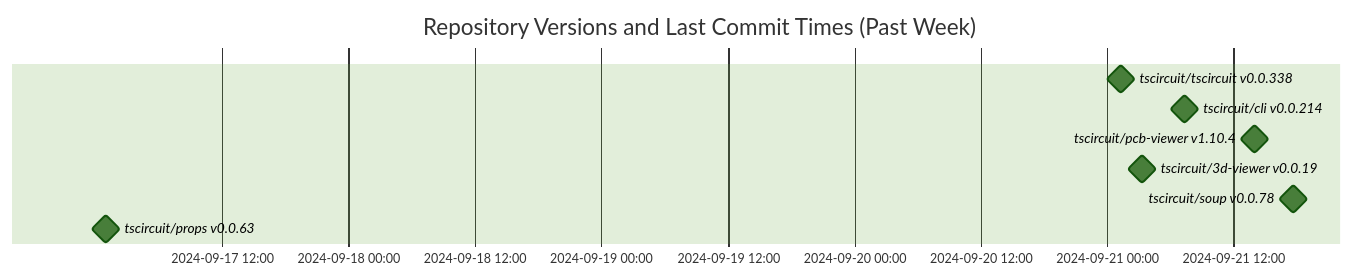
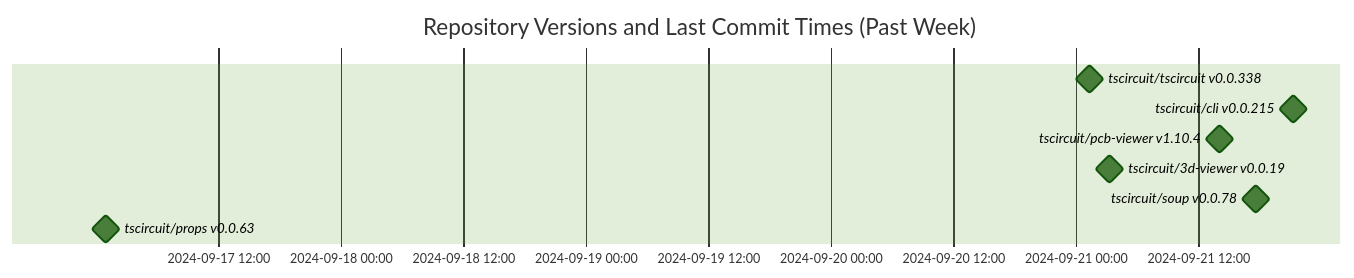
The diagram in README.md (tscircuit/version-tracker), drawn with Mermaid (forest theme) before and after one commit.

Commit message:
Update chart

````diff
--- a/README.md
+++ b/README.md
@@ -1,13 +1,13 @@
 ```mermaid
 gantt
   dateFormat  YYYY-MM-DD HH:mm:ss
   title Repository Versions and Last Commit Times (Past Week)
   axisFormat %Y-%m-%d %H:%M
 
   tscircuit/tscircuit v0.0.338 : milestone, 2024-09-21 01:17:43, 1s
-  tscircuit/cli v0.0.214 : milestone, 2024-09-21 07:21:29, 1s
+  tscircuit/cli v0.0.215 : milestone, 2024-09-21 21:17:31, 1s
   tscircuit/pcb-viewer v1.10.4 : milestone, 2024-09-21 14:02:34, 1s
   tscircuit/3d-viewer v0.0.19 : milestone, 2024-09-21 03:18:08, 1s
   tscircuit/soup v0.0.78 : milestone, 2024-09-21 17:40:44, 1s
   tscircuit/props v0.0.63 : milestone, 2024-09-17 00:58:09, 1s
 ```
````
